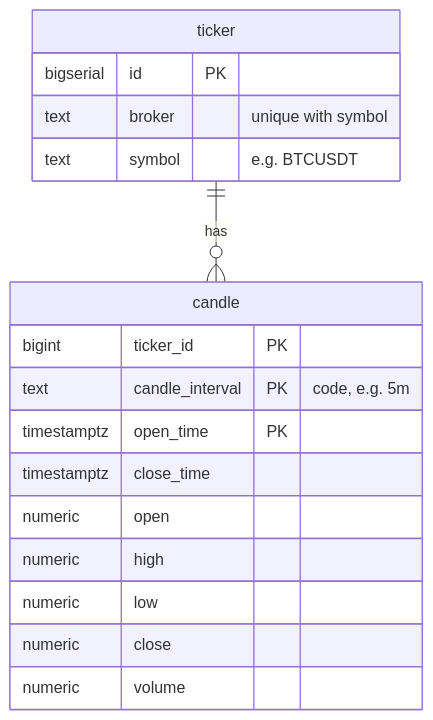
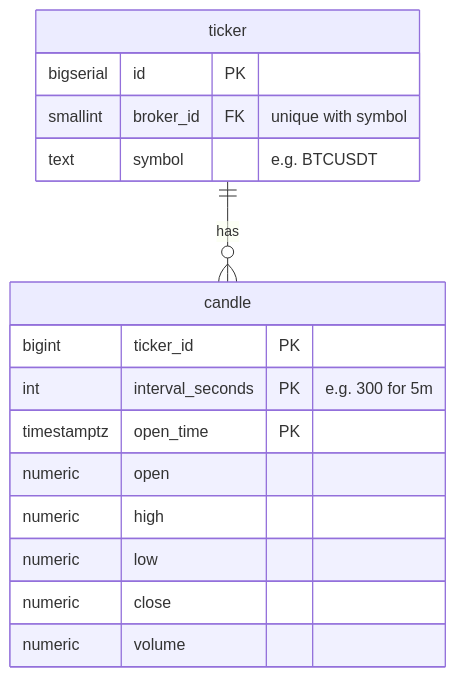
Before and after one commit to ShadowOfDiablo/t212-coding-task: diagram 23 of 29 in docs/ARCHITECTURE.md, drawn with Mermaid. The commit also changed other lines of this file and 52 other files, not shown here.

First line of the commit message:
Rewrite the database schema cleanly

````diff
--- a/docs/ARCHITECTURE.md
+++ b/docs/ARCHITECTURE.md
@@ -1113,20 +1129,19 @@
 ```mermaid
 erDiagram
     ticker {
         bigserial id PK
-        text broker "unique with symbol"
+        smallint broker_id FK "unique with symbol"
         text symbol "e.g. BTCUSDT"
     }
     candle {
         bigint ticker_id PK
-        text candle_interval PK "code, e.g. 5m"
+        int interval_seconds PK "e.g. 300 for 5m"
         timestamptz open_time PK
-        timestamptz close_time
         numeric open
         numeric high
         numeric low
         numeric close
         numeric volume
     }
     ticker ||--o{ candle : "has"
 ```
````
